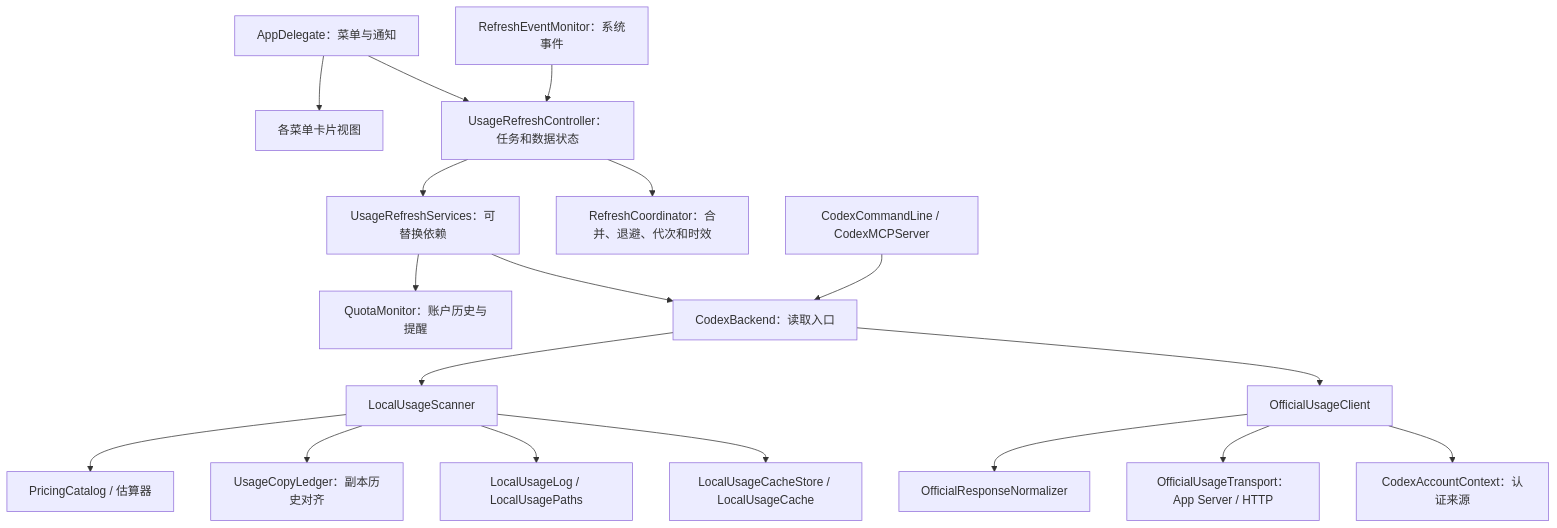
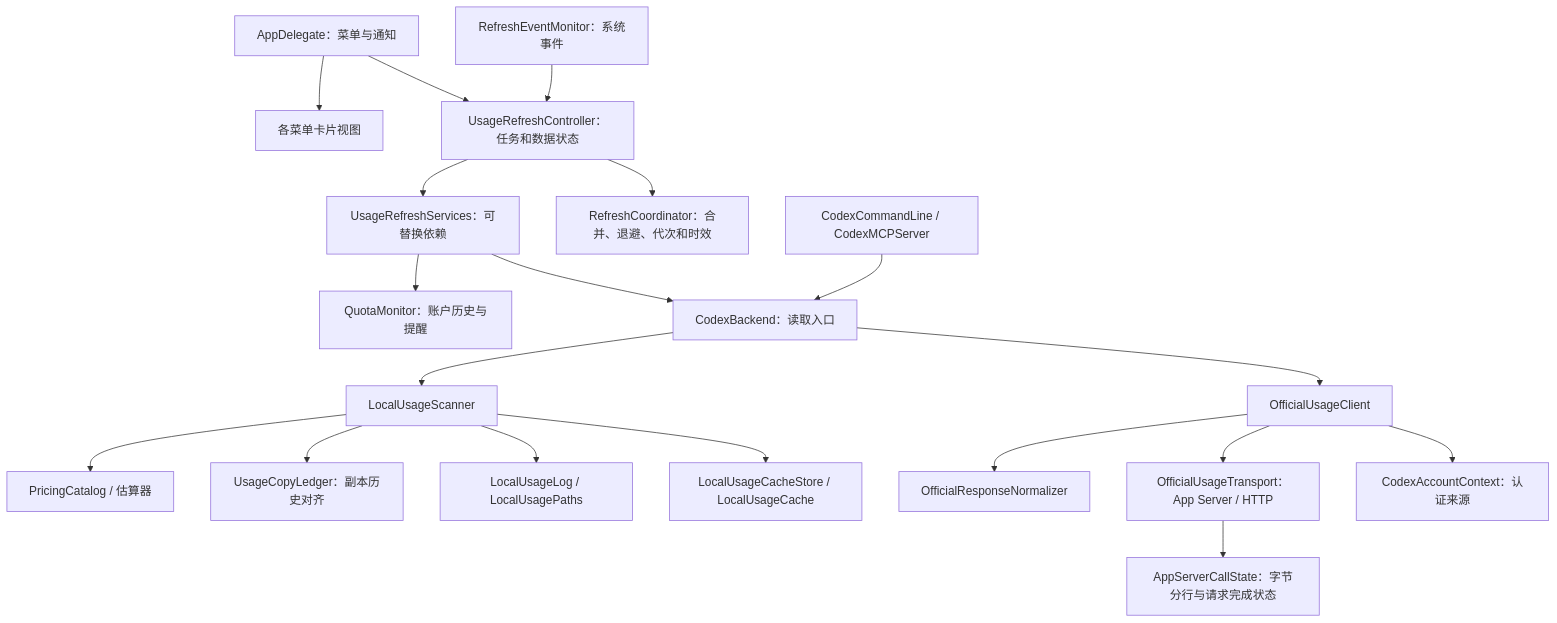
One commit to HaidyCao/Codex-Rate-Limits-Bar changed the diagram in docs/architecture.md. Above: the diagram before and after it, drawn with Mermaid. The commit also changed other lines of this file and 7 other files, not shown here.

Commit message:
fix: frame app-server output as bounded UTF-8 byte streams

````diff
--- a/docs/architecture.md
+++ b/docs/architecture.md
@@ -5,20 +5,21 @@
 ```mermaid
 flowchart TD
     Events[RefreshEventMonitor：系统事件] --> Controller[UsageRefreshController：任务和数据状态]
     App[AppDelegate：菜单与通知] --> Controller
     App --> Views[各菜单卡片视图]
     Controller --> Policy[RefreshCoordinator：合并、退避、代次和时效]
     Controller --> Services[UsageRefreshServices：可替换依赖]
     Services --> Backend[CodexBackend：读取入口]
     Services --> History[QuotaMonitor：账户历史与提醒]
     CLI[CodexCommandLine / CodexMCPServer] --> Backend
     Backend --> Official[OfficialUsageClient]
     Backend --> Scanner[LocalUsageScanner]
     Official --> Account[CodexAccountContext：认证来源]
     Official --> Transport[OfficialUsageTransport：App Server / HTTP]
+    Transport --> Framing[AppServerCallState：字节分行与请求完成状态]
     Official --> Normalize[OfficialResponseNormalizer]
     Scanner --> Store[LocalUsageCacheStore / LocalUsageCache]
     Scanner --> Log[LocalUsageLog / LocalUsagePaths]
     Scanner --> Copies[UsageCopyLedger：副本历史对齐]
     Scanner --> Pricing[PricingCatalog / 估算器]
 ```
````
